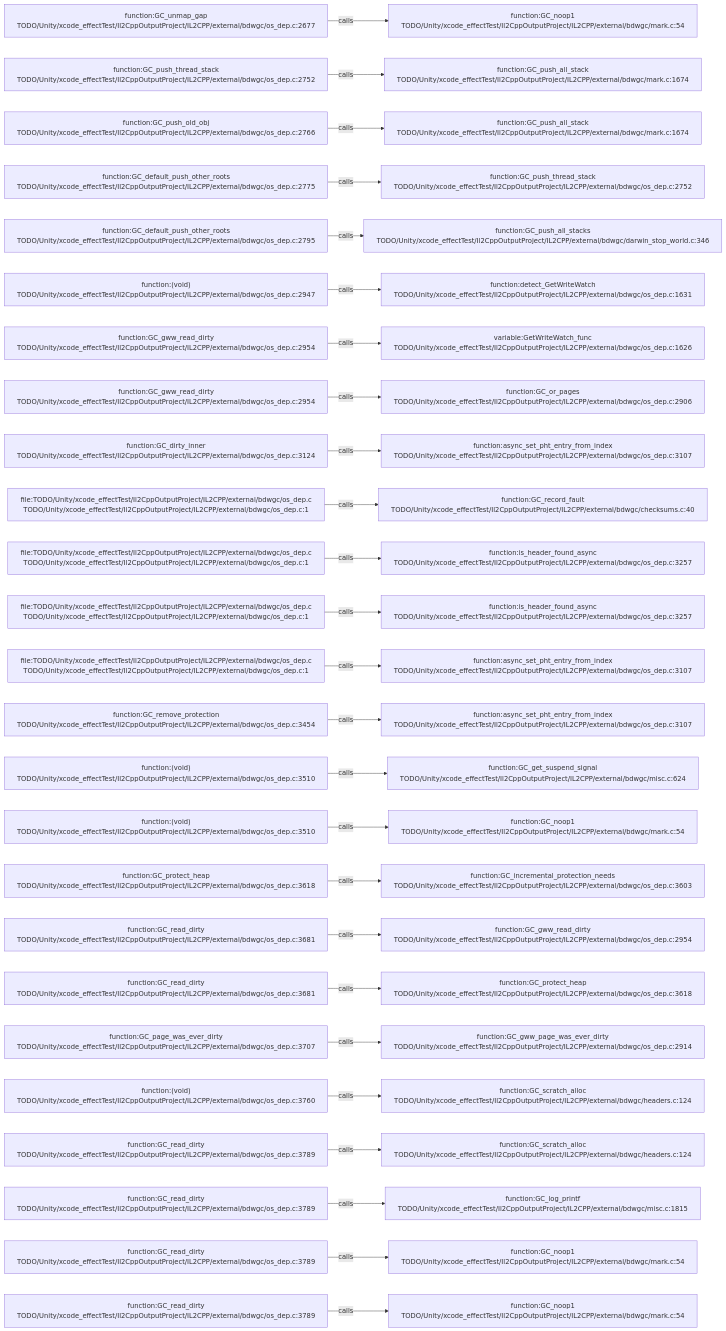
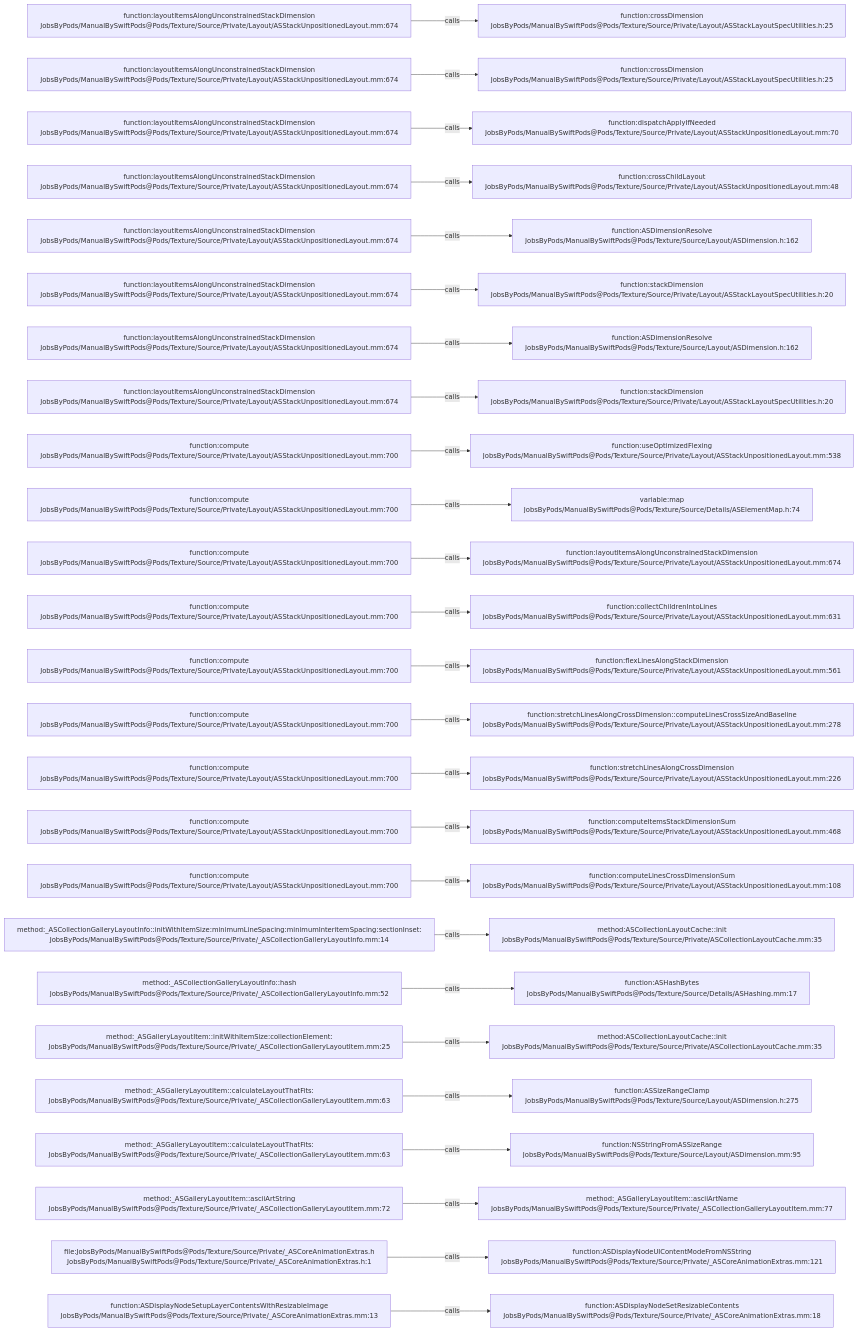
The diagram in .codegraph/codegraph.md/graphs/calls-146.md (JobsKits/JobsSwiftBaseConfigDemo), drawn with Mermaid before and after one commit. The commit also changed 2959 other files, not shown here.

````diff
--- a/.codegraph/codegraph.md/graphs/calls-146.md
+++ b/.codegraph/codegraph.md/graphs/calls-146.md
@@ -13,78 +13,78 @@
 ```mermaid
 flowchart LR
-  S1["function:GC_unmap_gap<br/>TODO/Unity/xcode_effectTest/Il2CppOutputProject/IL2CPP/external/bdwgc/os_dep.c:2677"]
-  T1["function:GC_noop1<br/>TODO/Unity/xcode_effectTest/Il2CppOutputProject/IL2CPP/external/bdwgc/mark.c:54"]
+  S1["function:layoutItemsAlongUnconstrainedStackDimension<br/>JobsByPods/ManualBySwiftPods@Pods/Texture/Source/Private/Layout/ASStackUnpositionedLayout.mm:674"]
+  T1["function:crossDimension<br/>JobsByPods/ManualBySwiftPods@Pods/Texture/Source/Private/Layout/ASStackLayoutSpecUtilities.h:25"]
   S1 -->|calls| T1
-  S2["function:GC_push_thread_stack<br/>TODO/Unity/xcode_effectTest/Il2CppOutputProject/IL2CPP/external/bdwgc/os_dep.c:2752"]
-  T2["function:GC_push_all_stack<br/>TODO/Unity/xcode_effectTest/Il2CppOutputProject/IL2CPP/external/bdwgc/mark.c:1674"]
+  S2["function:layoutItemsAlongUnconstrainedStackDimension<br/>JobsByPods/ManualBySwiftPods@Pods/Texture/Source/Private/Layout/ASStackUnpositionedLayout.mm:674"]
+  T2["function:crossDimension<br/>JobsByPods/ManualBySwiftPods@Pods/Texture/Source/Private/Layout/ASStackLayoutSpecUtilities.h:25"]
   S2 -->|calls| T2
-  S3["function:GC_push_old_obj<br/>TODO/Unity/xcode_effectTest/Il2CppOutputProject/IL2CPP/external/bdwgc/os_dep.c:2766"]
-  T3["function:GC_push_all_stack<br/>TODO/Unity/xcode_effectTest/Il2CppOutputProject/IL2CPP/external/bdwgc/mark.c:1674"]
+  S3["function:layoutItemsAlongUnconstrainedStackDimension<br/>JobsByPods/ManualBySwiftPods@Pods/Texture/Source/Private/Layout/ASStackUnpositionedLayout.mm:674"]
+  T3["function:dispatchApplyIfNeeded<br/>JobsByPods/ManualBySwiftPods@Pods/Texture/Source/Private/Layout/ASStackUnpositionedLayout.mm:70"]
   S3 -->|calls| T3
-  S4["function:GC_default_push_other_roots<br/>TODO/Unity/xcode_effectTest/Il2CppOutputProject/IL2CPP/external/bdwgc/os_dep.c:2775"]
-  T4["function:GC_push_thread_stack<br/>TODO/Unity/xcode_effectTest/Il2CppOutputProject/IL2CPP/external/bdwgc/os_dep.c:2752"]
+  S4["function:layoutItemsAlongUnconstrainedStackDimension<br/>JobsByPods/ManualBySwiftPods@Pods/Texture/Source/Private/Layout/ASStackUnpositionedLayout.mm:674"]
+  T4["function:crossChildLayout<br/>JobsByPods/ManualBySwiftPods@Pods/Texture/Source/Private/Layout/ASStackUnpositionedLayout.mm:48"]
   S4 -->|calls| T4
-  S5["function:GC_default_push_other_roots<br/>TODO/Unity/xcode_effectTest/Il2CppOutputProject/IL2CPP/external/bdwgc/os_dep.c:2795"]
-  T5["function:GC_push_all_stacks<br/>TODO/Unity/xcode_effectTest/Il2CppOutputProject/IL2CPP/external/bdwgc/darwin_stop_world.c:346"]
+  S5["function:layoutItemsAlongUnconstrainedStackDimension<br/>JobsByPods/ManualBySwiftPods@Pods/Texture/Source/Private/Layout/ASStackUnpositionedLayout.mm:674"]
+  T5["function:ASDimensionResolve<br/>JobsByPods/ManualBySwiftPods@Pods/Texture/Source/Layout/ASDimension.h:162"]
   S5 -->|calls| T5
-  S6["function:(void)<br/>TODO/Unity/xcode_effectTest/Il2CppOutputProject/IL2CPP/external/bdwgc/os_dep.c:2947"]
-  T6["function:detect_GetWriteWatch<br/>TODO/Unity/xcode_effectTest/Il2CppOutputProject/IL2CPP/external/bdwgc/os_dep.c:1631"]
+  S6["function:layoutItemsAlongUnconstrainedStackDimension<br/>JobsByPods/ManualBySwiftPods@Pods/Texture/Source/Private/Layout/ASStackUnpositionedLayout.mm:674"]
+  T6["function:stackDimension<br/>JobsByPods/ManualBySwiftPods@Pods/Texture/Source/Private/Layout/ASStackLayoutSpecUtilities.h:20"]
   S6 -->|calls| T6
-  S7["function:GC_gww_read_dirty<br/>TODO/Unity/xcode_effectTest/Il2CppOutputProject/IL2CPP/external/bdwgc/os_dep.c:2954"]
-  T7["variable:GetWriteWatch_func<br/>TODO/Unity/xcode_effectTest/Il2CppOutputProject/IL2CPP/external/bdwgc/os_dep.c:1626"]
+  S7["function:layoutItemsAlongUnconstrainedStackDimension<br/>JobsByPods/ManualBySwiftPods@Pods/Texture/Source/Private/Layout/ASStackUnpositionedLayout.mm:674"]
+  T7["function:ASDimensionResolve<br/>JobsByPods/ManualBySwiftPods@Pods/Texture/Source/Layout/ASDimension.h:162"]
   S7 -->|calls| T7
-  S8["function:GC_gww_read_dirty<br/>TODO/Unity/xcode_effectTest/Il2CppOutputProject/IL2CPP/external/bdwgc/os_dep.c:2954"]
-  T8["function:GC_or_pages<br/>TODO/Unity/xcode_effectTest/Il2CppOutputProject/IL2CPP/external/bdwgc/os_dep.c:2906"]
+  S8["function:layoutItemsAlongUnconstrainedStackDimension<br/>JobsByPods/ManualBySwiftPods@Pods/Texture/Source/Private/Layout/ASStackUnpositionedLayout.mm:674"]
+  T8["function:stackDimension<br/>JobsByPods/ManualBySwiftPods@Pods/Texture/Source/Private/Layout/ASStackLayoutSpecUtilities.h:20"]
   S8 -->|calls| T8
-  S9["function:GC_dirty_inner<br/>TODO/Unity/xcode_effectTest/Il2CppOutputProject/IL2CPP/external/bdwgc/os_dep.c:3124"]
-  T9["function:async_set_pht_entry_from_index<br/>TODO/Unity/xcode_effectTest/Il2CppOutputProject/IL2CPP/external/bdwgc/os_dep.c:3107"]
+  S9["function:compute<br/>JobsByPods/ManualBySwiftPods@Pods/Texture/Source/Private/Layout/ASStackUnpositionedLayout.mm:700"]
+  T9["function:useOptimizedFlexing<br/>JobsByPods/ManualBySwiftPods@Pods/Texture/Source/Private/Layout/ASStackUnpositionedLayout.mm:538"]
   S9 -->|calls| T9
-  S10["file:TODO/Unity/xcode_effectTest/Il2CppOutputProject/IL2CPP/external/bdwgc/os_dep.c<br/>TODO/Unity/xcode_effectTest/Il2CppOutputProject/IL2CPP/external/bdwgc/os_dep.c:1"]
-  T10["function:GC_record_fault<br/>TODO/Unity/xcode_effectTest/Il2CppOutputProject/IL2CPP/external/bdwgc/checksums.c:40"]
+  S10["function:compute<br/>JobsByPods/ManualBySwiftPods@Pods/Texture/Source/Private/Layout/ASStackUnpositionedLayout.mm:700"]
+  T10["variable:map<br/>JobsByPods/ManualBySwiftPods@Pods/Texture/Source/Details/ASElementMap.h:74"]
   S10 -->|calls| T10
-  S11["file:TODO/Unity/xcode_effectTest/Il2CppOutputProject/IL2CPP/external/bdwgc/os_dep.c<br/>TODO/Unity/xcode_effectTest/Il2CppOutputProject/IL2CPP/external/bdwgc/os_dep.c:1"]
-  T11["function:is_header_found_async<br/>TODO/Unity/xcode_effectTest/Il2CppOutputProject/IL2CPP/external/bdwgc/os_dep.c:3257"]
+  S11["function:compute<br/>JobsByPods/ManualBySwiftPods@Pods/Texture/Source/Private/Layout/ASStackUnpositionedLayout.mm:700"]
+  T11["function:layoutItemsAlongUnconstrainedStackDimension<br/>JobsByPods/ManualBySwiftPods@Pods/Texture/Source/Private/Layout/ASStackUnpositionedLayout.mm:674"]
   S11 -->|calls| T11
-  S12["file:TODO/Unity/xcode_effectTest/Il2CppOutputProject/IL2CPP/external/bdwgc/os_dep.c<br/>TODO/Unity/xcode_effectTest/Il2CppOutputProject/IL2CPP/external/bdwgc/os_dep.c:1"]
-  T12["function:is_header_found_async<br/>TODO/Unity/xcode_effectTest/Il2CppOutputProject/IL2CPP/external/bdwgc/os_dep.c:3257"]
+  S12["function:compute<br/>JobsByPods/ManualBySwiftPods@Pods/Texture/Source/Private/Layout/ASStackUnpositionedLayout.mm:700"]
+  T12["function:collectChildrenIntoLines<br/>JobsByPods/ManualBySwiftPods@Pods/Texture/Source/Private/Layout/ASStackUnpositionedLayout.mm:631"]
   S12 -->|calls| T12
-  S13["file:TODO/Unity/xcode_effectTest/Il2CppOutputProject/IL2CPP/external/bdwgc/os_dep.c<br/>TODO/Unity/xcode_effectTest/Il2CppOutputProject/IL2CPP/external/bdwgc/os_dep.c:1"]
-  T13["function:async_set_pht_entry_from_index<br/>TODO/Unity/xcode_effectTest/Il2CppOutputProject/IL2CPP/external/bdwgc/os_dep.c:3107"]
+  S13["function:compute<br/>JobsByPods/ManualBySwiftPods@Pods/Texture/Source/Private/Layout/ASStackUnpositionedLayout.mm:700"]
+  T13["function:flexLinesAlongStackDimension<br/>JobsByPods/ManualBySwiftPods@Pods/Texture/Source/Private/Layout/ASStackUnpositionedLayout.mm:561"]
   S13 -->|calls| T13
-  S14["function:GC_remove_protection<br/>TODO/Unity/xcode_effectTest/Il2CppOutputProject/IL2CPP/external/bdwgc/os_dep.c:3454"]
-  T14["function:async_set_pht_entry_from_index<br/>TODO/Unity/xcode_effectTest/Il2CppOutputProject/IL2CPP/external/bdwgc/os_dep.c:3107"]
+  S14["function:compute<br/>JobsByPods/ManualBySwiftPods@Pods/Texture/Source/Private/Layout/ASStackUnpositionedLayout.mm:700"]
+  T14["function:stretchLinesAlongCrossDimension::computeLinesCrossSizeAndBaseline<br/>JobsByPods/ManualBySwiftPods@Pods/Texture/Source/Private/Layout/ASStackUnpositionedLayout.mm:278"]
   S14 -->|calls| T14
-  S15["function:(void)<br/>TODO/Unity/xcode_effectTest/Il2CppOutputProject/IL2CPP/external/bdwgc/os_dep.c:3510"]
-  T15["function:GC_get_suspend_signal<br/>TODO/Unity/xcode_effectTest/Il2CppOutputProject/IL2CPP/external/bdwgc/misc.c:624"]
+  S15["function:compute<br/>JobsByPods/ManualBySwiftPods@Pods/Texture/Source/Private/Layout/ASStackUnpositionedLayout.mm:700"]
+  T15["function:stretchLinesAlongCrossDimension<br/>JobsByPods/ManualBySwiftPods@Pods/Texture/Source/Private/Layout/ASStackUnpositionedLayout.mm:226"]
   S15 -->|calls| T15
-  S16["function:(void)<br/>TODO/Unity/xcode_effectTest/Il2CppOutputProject/IL2CPP/external/bdwgc/os_dep.c:3510"]
-  T16["function:GC_noop1<br/>TODO/Unity/xcode_effectTest/Il2CppOutputProject/IL2CPP/external/bdwgc/mark.c:54"]
+  S16["function:compute<br/>JobsByPods/ManualBySwiftPods@Pods/Texture/Source/Private/Layout/ASStackUnpositionedLayout.mm:700"]
+  T16["function:computeItemsStackDimensionSum<br/>JobsByPods/ManualBySwiftPods@Pods/Texture/Source/Private/Layout/ASStackUnpositionedLayout.mm:468"]
   S16 -->|calls| T16
-  S17["function:GC_protect_heap<br/>TODO/Unity/xcode_effectTest/Il2CppOutputProject/IL2CPP/external/bdwgc/os_dep.c:3618"]
-  T17["function:GC_incremental_protection_needs<br/>TODO/Unity/xcode_effectTest/Il2CppOutputProject/IL2CPP/external/bdwgc/os_dep.c:3603"]
+  S17["function:compute<br/>JobsByPods/ManualBySwiftPods@Pods/Texture/Source/Private/Layout/ASStackUnpositionedLayout.mm:700"]
+  T17["function:computeLinesCrossDimensionSum<br/>JobsByPods/ManualBySwiftPods@Pods/Texture/Source/Private/Layout/ASStackUnpositionedLayout.mm:108"]
   S17 -->|calls| T17
-  S18["function:GC_read_dirty<br/>TODO/Unity/xcode_effectTest/Il2CppOutputProject/IL2CPP/external/bdwgc/os_dep.c:3681"]
-  T18["function:GC_gww_read_dirty<br/>TODO/Unity/xcode_effectTest/Il2CppOutputProject/IL2CPP/external/bdwgc/os_dep.c:2954"]
+  S18["method:_ASCollectionGalleryLayoutInfo::initWithItemSize:minimumLineSpacing:minimumInteritemSpacing:sectionInset:<br/>JobsByPods/ManualBySwiftPods@Pods/Texture/Source/Private/_ASCollectionGalleryLayoutInfo.mm:14"]
+  T18["method:ASCollectionLayoutCache::init<br/>JobsByPods/ManualBySwiftPods@Pods/Texture/Source/Private/ASCollectionLayoutCache.mm:35"]
   S18 -->|calls| T18
-  S19["function:GC_read_dirty<br/>TODO/Unity/xcode_effectTest/Il2CppOutputProject/IL2CPP/external/bdwgc/os_dep.c:3681"]
-  T19["function:GC_protect_heap<br/>TODO/Unity/xcode_effectTest/Il2CppOutputProject/IL2CPP/external/bdwgc/os_dep.c:3618"]
+  S19["method:_ASCollectionGalleryLayoutInfo::hash<br/>JobsByPods/ManualBySwiftPods@Pods/Texture/Source/Private/_ASCollectionGalleryLayoutInfo.mm:52"]
+  T19["function:ASHashBytes<br/>JobsByPods/ManualBySwiftPods@Pods/Texture/Source/Details/ASHashing.mm:17"]
   S19 -->|calls| T19
-  S20["function:GC_page_was_ever_dirty<br/>TODO/Unity/xcode_effectTest/Il2CppOutputProject/IL2CPP/external/bdwgc/os_dep.c:3707"]
-  T20["function:GC_gww_page_was_ever_dirty<br/>TODO/Unity/xcode_effectTest/Il2CppOutputProject/IL2CPP/external/bdwgc/os_dep.c:2914"]
+  S20["method:_ASGalleryLayoutItem::initWithItemSize:collectionElement:<br/>JobsByPods/ManualBySwiftPods@Pods/Texture/Source/Private/_ASCollectionGalleryLayoutItem.mm:25"]
+  T20["method:ASCollectionLayoutCache::init<br/>JobsByPods/ManualBySwiftPods@Pods/Texture/Source/Private/ASCollectionLayoutCache.mm:35"]
   S20 -->|calls| T20
-  S21["function:(void)<br/>TODO/Unity/xcode_effectTest/Il2CppOutputProject/IL2CPP/external/bdwgc/os_dep.c:3760"]
-  T21["function:GC_scratch_alloc<br/>TODO/Unity/xcode_effectTest/Il2CppOutputProject/IL2CPP/external/bdwgc/headers.c:124"]
+  S21["method:_ASGalleryLayoutItem::calculateLayoutThatFits:<br/>JobsByPods/ManualBySwiftPods@Pods/Texture/Source/Private/_ASCollectionGalleryLayoutItem.mm:63"]
+  T21["function:ASSizeRangeClamp<br/>JobsByPods/ManualBySwiftPods@Pods/Texture/Source/Layout/ASDimension.h:275"]
   S21 -->|calls| T21
-  S22["function:GC_read_dirty<br/>TODO/Unity/xcode_effectTest/Il2CppOutputProject/IL2CPP/external/bdwgc/os_dep.c:3789"]
-  T22["function:GC_scratch_alloc<br/>TODO/Unity/xcode_effectTest/Il2CppOutputProject/IL2CPP/external/bdwgc/headers.c:124"]
+  S22["method:_ASGalleryLayoutItem::calculateLayoutThatFits:<br/>JobsByPods/ManualBySwiftPods@Pods/Texture/Source/Private/_ASCollectionGalleryLayoutItem.mm:63"]
+  T22["function:NSStringFromASSizeRange<br/>JobsByPods/ManualBySwiftPods@Pods/Texture/Source/Layout/ASDimension.mm:95"]
   S22 -->|calls| T22
-  S23["function:GC_read_dirty<br/>TODO/Unity/xcode_effectTest/Il2CppOutputProject/IL2CPP/external/bdwgc/os_dep.c:3789"]
-  T23["function:GC_log_printf<br/>TODO/Unity/xcode_effectTest/Il2CppOutputProject/IL2CPP/external/bdwgc/misc.c:1815"]
+  S23["method:_ASGalleryLayoutItem::asciiArtString<br/>JobsByPods/ManualBySwiftPods@Pods/Texture/Source/Private/_ASCollectionGalleryLayoutItem.mm:72"]
+  T23["method:_ASGalleryLayoutItem::asciiArtName<br/>JobsByPods/ManualBySwiftPods@Pods/Texture/Source/Private/_ASCollectionGalleryLayoutItem.mm:77"]
   S23 -->|calls| T23
-  S24["function:GC_read_dirty<br/>TODO/Unity/xcode_effectTest/Il2CppOutputProject/IL2CPP/external/bdwgc/os_dep.c:3789"]
-  T24["function:GC_noop1<br/>TODO/Unity/xcode_effectTest/Il2CppOutputProject/IL2CPP/external/bdwgc/mark.c:54"]
+  S24["file:JobsByPods/ManualBySwiftPods@Pods/Texture/Source/Private/_ASCoreAnimationExtras.h<br/>JobsByPods/ManualBySwiftPods@Pods/Texture/Source/Private/_ASCoreAnimationExtras.h:1"]
+  T24["function:ASDisplayNodeUIContentModeFromNSString<br/>JobsByPods/ManualBySwiftPods@Pods/Texture/Source/Private/_ASCoreAnimationExtras.mm:121"]
   S24 -->|calls| T24
-  S25["function:GC_read_dirty<br/>TODO/Unity/xcode_effectTest/Il2CppOutputProject/IL2CPP/external/bdwgc/os_dep.c:3789"]
-  T25["function:GC_noop1<br/>TODO/Unity/xcode_effectTest/Il2CppOutputProject/IL2CPP/external/bdwgc/mark.c:54"]
+  S25["function:ASDisplayNodeSetupLayerContentsWithResizableImage<br/>JobsByPods/ManualBySwiftPods@Pods/Texture/Source/Private/_ASCoreAnimationExtras.mm:13"]
+  T25["function:ASDisplayNodeSetResizableContents<br/>JobsByPods/ManualBySwiftPods@Pods/Texture/Source/Private/_ASCoreAnimationExtras.mm:18"]
   S25 -->|calls| T25
 ```
````
